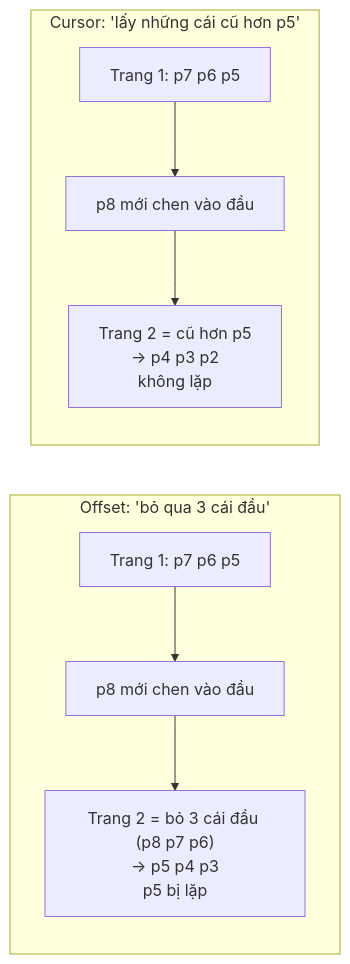
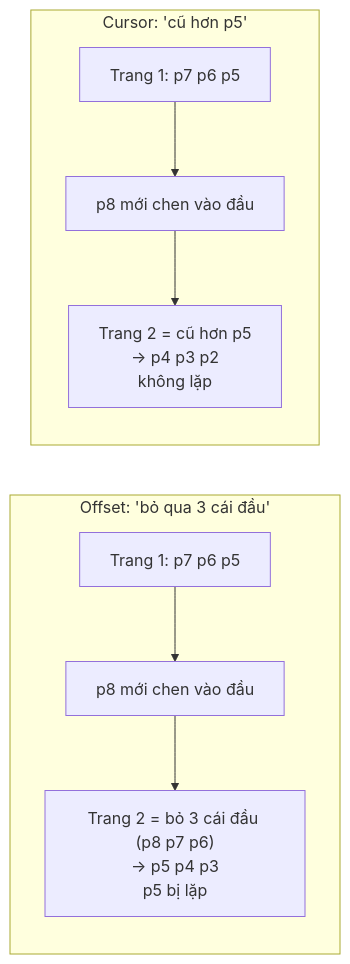
Before and after one commit to duongbui234/software-engineering-atlas: the second of 3 diagrams in content/posts/2026-11-18-api-performance.md, drawn with Mermaid. The commit also changed other lines of this file and 134 other files, not shown here.

First line of the commit message:
Fit every Mermaid diagram at 390px without sideways scroll (#56)

````diff
--- a/content/posts/2026-11-18-api-performance.md
+++ b/content/posts/2026-11-18-api-performance.md
@@ -125,11 +125,11 @@
 ```mermaid
 flowchart LR
     subgraph OFF["Offset: 'bỏ qua 3 cái đầu'"]
         direction TB
         o1["Trang 1: p7 p6 p5"] --> o0["p8 mới chen vào đầu"] --> o2["Trang 2 = bỏ 3 cái đầu (p8 p7 p6)<br/>→ p5 p4 p3<br/>p5 bị lặp"]
     end
-    subgraph CUR["Cursor: 'lấy những cái cũ hơn p5'"]
+    subgraph CUR["Cursor: 'cũ hơn p5'"]
         direction TB
         c1["Trang 1: p7 p6 p5"] --> c0["p8 mới chen vào đầu"] --> c2["Trang 2 = cũ hơn p5<br/>→ p4 p3 p2<br/>không lặp"]
     end
 ```
````
